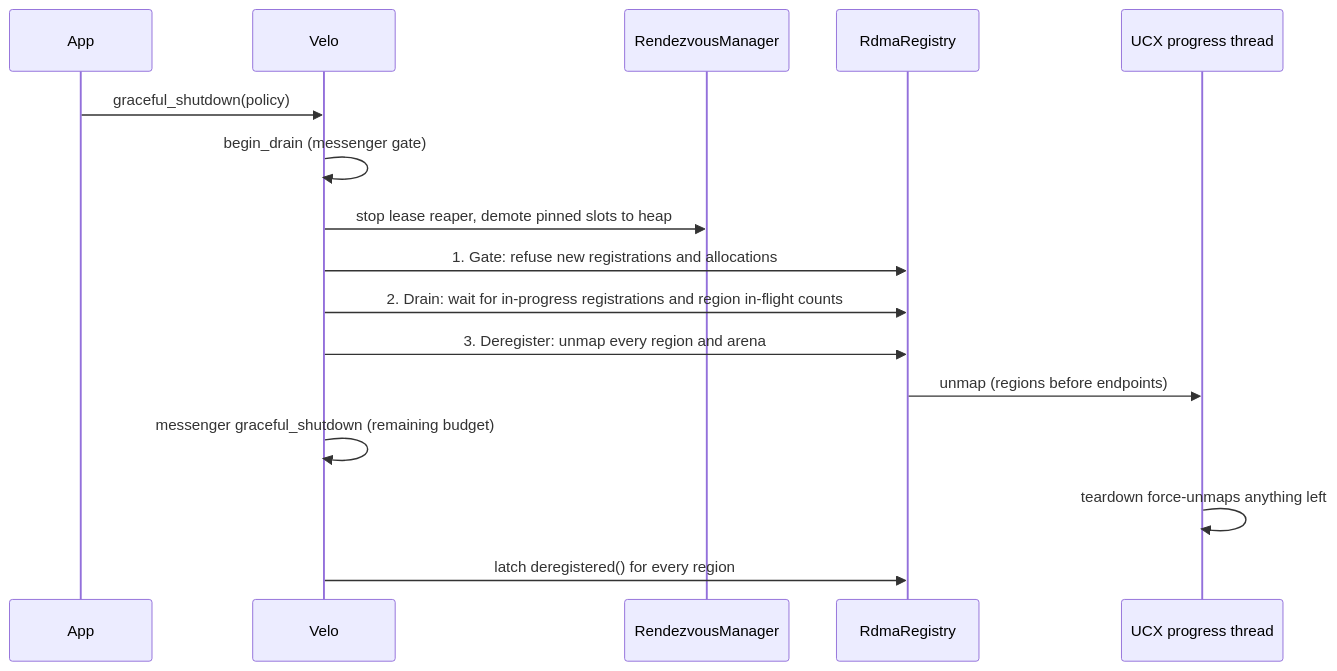
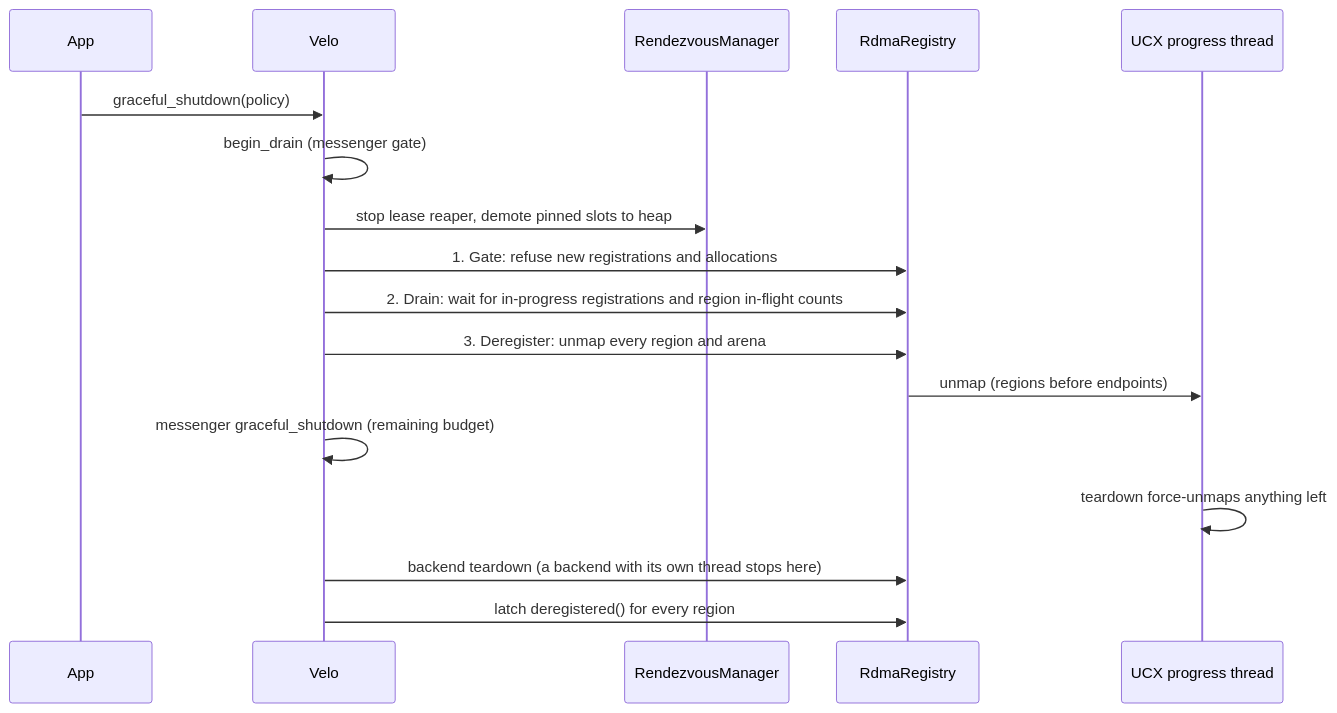
Before and after one commit to ai-dynamo/velo: the second of 2 diagrams in docs/src/concepts/rendezvous.md, drawn with Mermaid. The commit also changed other lines of this file and 9 other files, not shown here.

````diff
--- a/docs/src/concepts/rendezvous.md
+++ b/docs/src/concepts/rendezvous.md
@@ -334,18 +343,19 @@
 ```mermaid
 sequenceDiagram
     participant App
     participant Velo
     participant RV as RendezvousManager
     participant Reg as RdmaRegistry
     participant UCX as UCX progress thread
     App->>Velo: graceful_shutdown(policy)
     Velo->>Velo: begin_drain (messenger gate)
     Velo->>RV: stop lease reaper, demote pinned slots to heap
     Velo->>Reg: 1. Gate: refuse new registrations and allocations
     Velo->>Reg: 2. Drain: wait for in-progress registrations and region in-flight counts
     Velo->>Reg: 3. Deregister: unmap every region and arena
     Reg->>UCX: unmap (regions before endpoints)
     Velo->>Velo: messenger graceful_shutdown (remaining budget)
     UCX->>UCX: teardown force-unmaps anything left
+    Velo->>Reg: backend teardown (a backend with its own thread stops here)
     Velo->>Reg: latch deregistered() for every region
 ```
````
